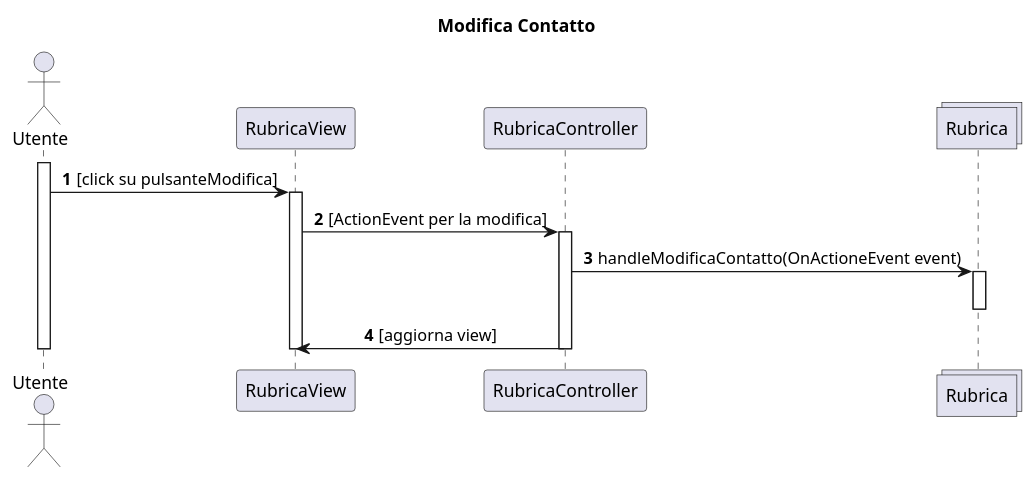
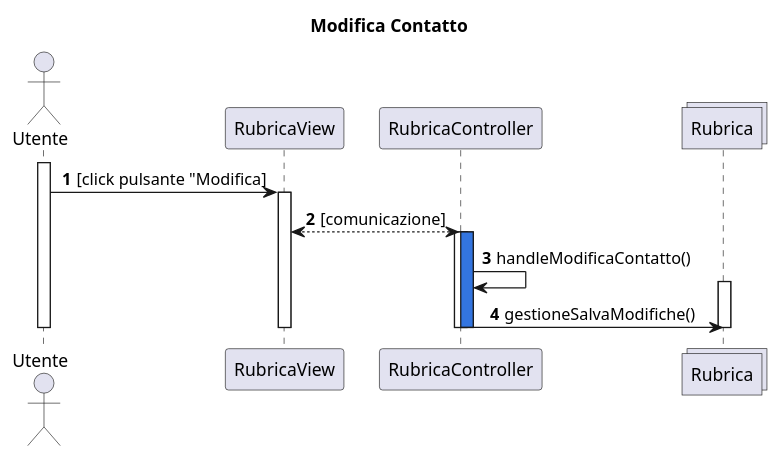
The diagram in docs/bozze/Diagrammi/Sequenza2/ScenarioModificaContatto.puml (emanueletocci/uni-swe-project), drawn with PlantUML before and after one commit.

```diff
--- a/docs/bozze/Diagrammi/Sequenza2/ScenarioModificaContatto.puml
+++ b/docs/bozze/Diagrammi/Sequenza2/ScenarioModificaContatto.puml
@@ -1,22 +1,24 @@
 @startuml
 title Modifica Contatto
 autonumber
 actor Utente
 participant RubricaView
 participant RubricaController
 collections Rubrica
 activate Utente
 skinparam sequenceMessageAlign center
-Utente->RubricaView: [click su pulsanteModifica]
+Utente->RubricaView: [click pulsante "Modifica]
 activate RubricaView
-RubricaView->RubricaController:[ActionEvent per la modifica]
+RubricaView<-->RubricaController:[comunicazione]
 activate RubricaController
-RubricaController -> Rubrica:handleModificaContatto(OnActioneEvent event)
+activate RubricaController #3375E0
+RubricaController -> RubricaController : handleModificaContatto()
 activate Rubrica
+RubricaController -> Rubrica : gestioneSalvaModifiche()
+deactivate RubricaController
 deactivate Rubrica
-RubricaController->RubricaView:[aggiorna view]
 deactivate RubricaController
 deactivate RubricaView
 deactivate Utente
 
 @enduml
```
